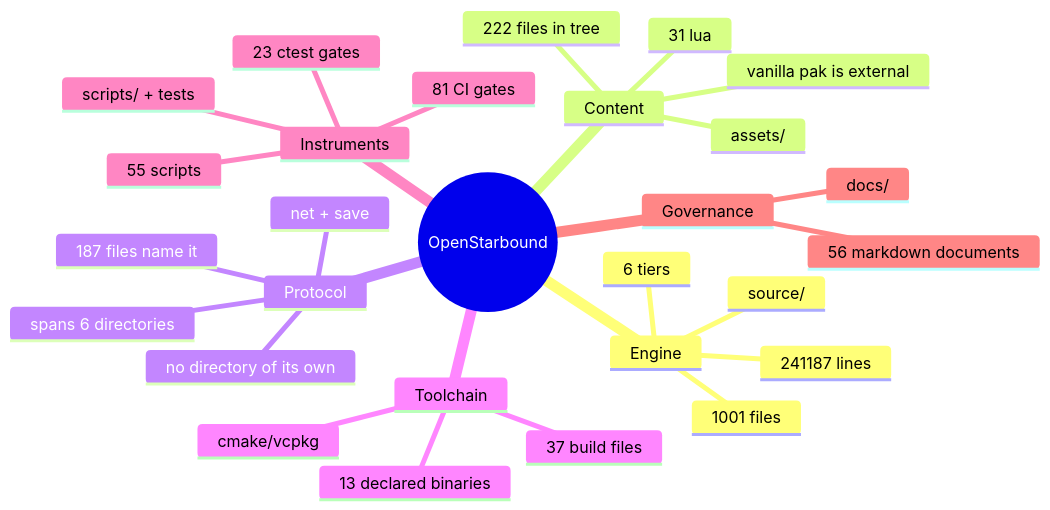
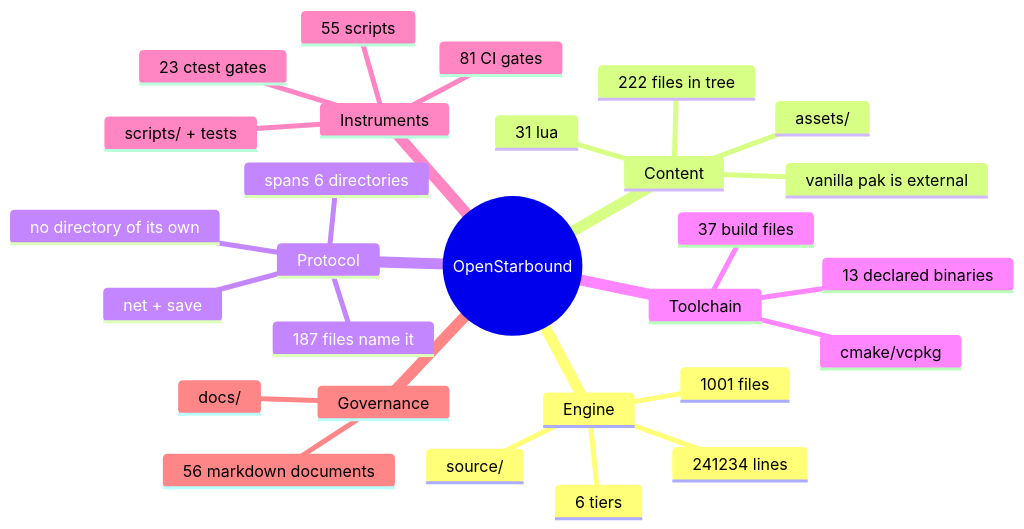
One commit to apnex/OpenStarbound changed the second of 11 diagrams in docs/architecture/system-boundaries.md. Above: the diagram before and after it, drawn with Mermaid. The commit also changed other lines of this file and 3 other files, not shown here.

````diff
--- a/docs/architecture/system-boundaries.md
+++ b/docs/architecture/system-boundaries.md
@@ -166,31 +166,31 @@
 ```mermaid
 mindmap
   root((OpenStarbound))
     Engine
       source/
       1001 files
-      241187 lines
+      241234 lines
       6 tiers
     Content
       assets/
       222 files in tree
       31 lua
       vanilla pak is external
     Protocol
       net + save
       187 files name it
       spans 6 directories
       no directory of its own
     Toolchain
       cmake/vcpkg
       37 build files
       13 declared binaries
     Instruments
       scripts/ + tests
       55 scripts
       23 ctest gates
       81 CI gates
     Governance
       docs/
       56 markdown documents
 ```
````
